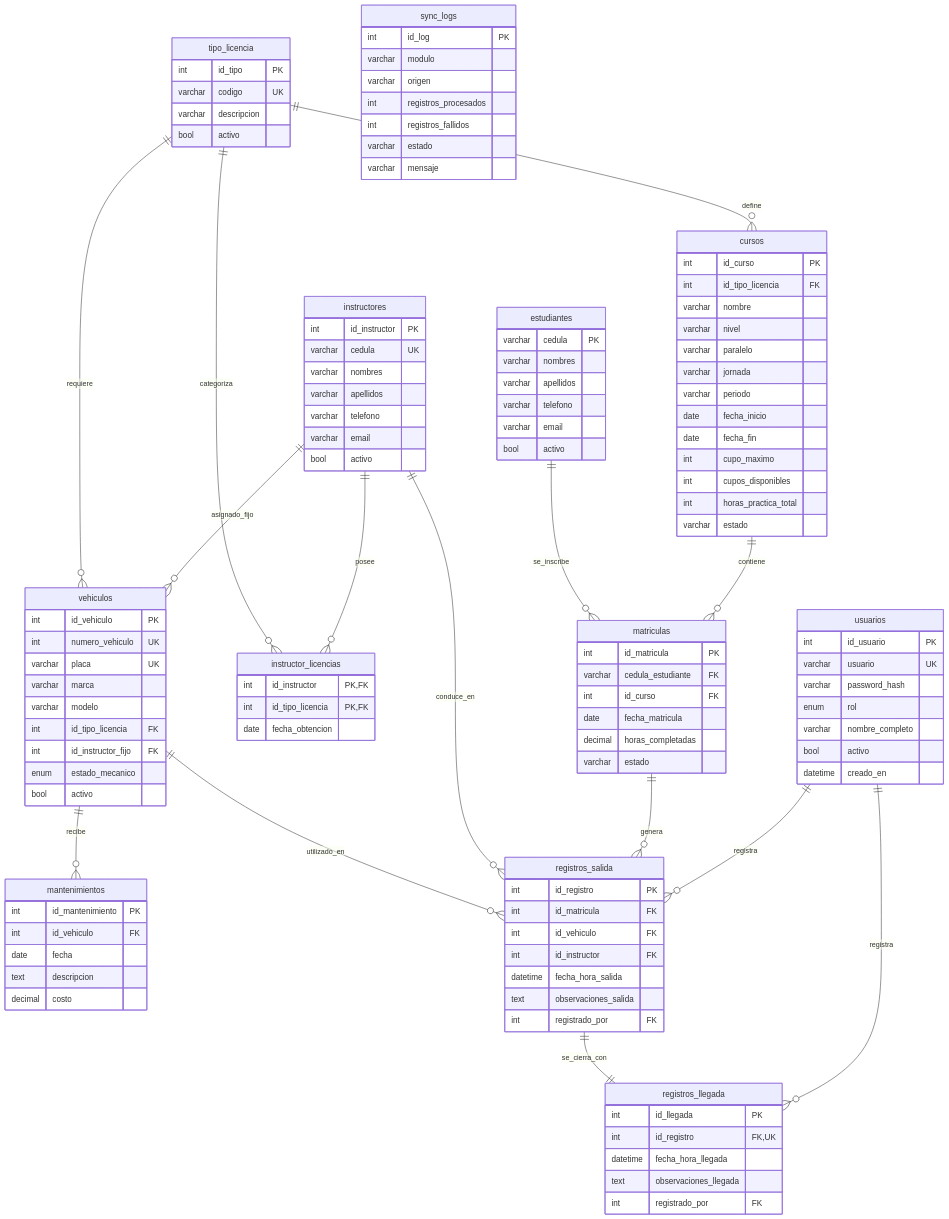
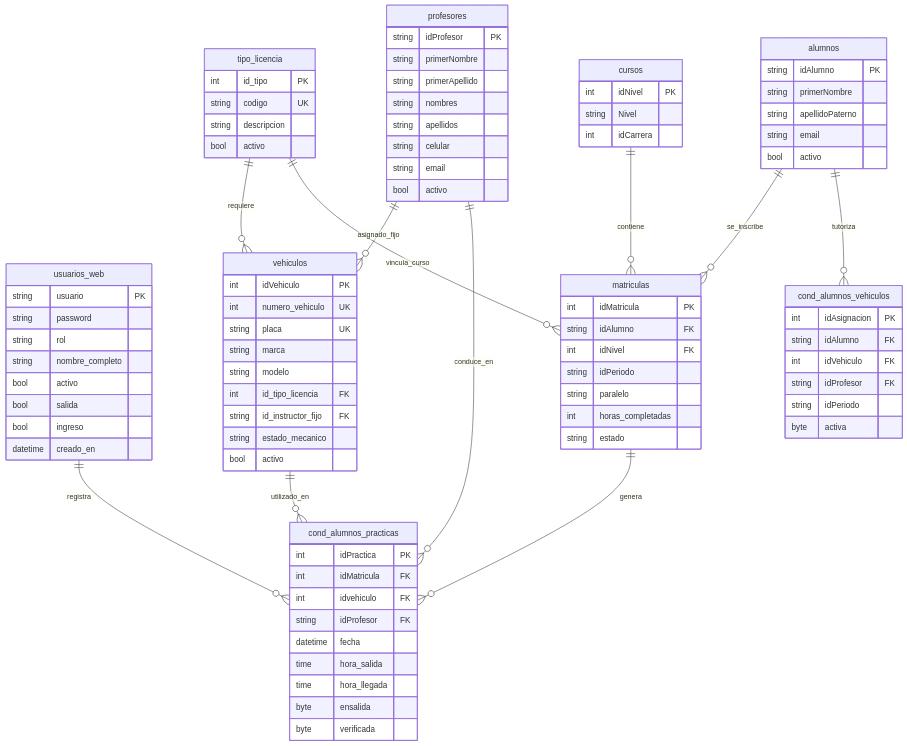
Before and after one commit to JorgeDoicela/istpet_vehiculos: the diagram in docs/DATABASE.md, drawn with Mermaid. The commit also changed other lines of this file and 7 other files, not shown here.

````diff
--- a/docs/DATABASE.md
+++ b/docs/DATABASE.md
@@ -9,132 +9,99 @@
 ```mermaid
 erDiagram
-    usuarios {
-        int id_usuario PK
-        varchar usuario UK
-        varchar password_hash
-        enum rol
-        varchar nombre_completo
+    usuarios_web {
+        string usuario PK
+        string password
+        string rol
+        string nombre_completo
         bool activo
+        bool salida
+        bool ingreso
         datetime creado_en
     }
 
     tipo_licencia {
         int id_tipo PK
-        varchar codigo UK
-        varchar descripcion
+        string codigo UK
+        string descripcion
         bool activo
     }
 
-    instructores {
-        int id_instructor PK
-        varchar cedula UK
-        varchar nombres
-        varchar apellidos
-        varchar telefono
-        varchar email
+    profesores {
+        string idProfesor PK
+        string primerNombre
+        string primerApellido
+        string nombres
+        string apellidos
+        string celular
+        string email
         bool activo
     }
 
-    instructor_licencias {
-        int id_instructor PK,FK
-        int id_tipo_licencia PK,FK
-        date fecha_obtencion
-    }
-
     vehiculos {
-        int id_vehiculo PK
+        int idVehiculo PK
         int numero_vehiculo UK
-        varchar placa UK
-        varchar marca
-        varchar modelo
+        string placa UK
+        string marca
+        string modelo
         int id_tipo_licencia FK
-        int id_instructor_fijo FK
-        enum estado_mecanico
+        string id_instructor_fijo FK
+        string estado_mecanico
         bool activo
     }
 
-    mantenimientos {
-        int id_mantenimiento PK
-        int id_vehiculo FK
-        date fecha
-        text descripcion
-        decimal costo
+    cursos {
+        int idNivel PK
+        string Nivel
+        int idCarrera
     }
 
-    cursos {
-        int id_curso PK
-        int id_tipo_licencia FK
-        varchar nombre
-        varchar nivel
-        varchar paralelo
-        varchar jornada
-        varchar periodo
-        date fecha_inicio
-        date fecha_fin
-        int cupo_maximo
-        int cupos_disponibles
-        int horas_practica_total
-        varchar estado
-    }
-
-    estudiantes {
-        varchar cedula PK
-        varchar nombres
-        varchar apellidos
-        varchar telefono
-        varchar email
+    alumnos {
+        string idAlumno PK
+        string primerNombre
+        string apellidoPaterno
+        string email
         bool activo
     }
 
     matriculas {
-        int id_matricula PK
-        varchar cedula_estudiante FK
-        int id_curso FK
-        date fecha_matricula
-        decimal horas_completadas
-        varchar estado
+        int idMatricula PK
+        string idAlumno FK
+        int idNivel FK
+        string idPeriodo
+        string paralelo
+        int horas_completadas
+        string estado
     }
 
-    registros_salida {
-        int id_registro PK
-        int id_matricula FK
-        int id_vehiculo FK
-        int id_instructor FK
-        datetime fecha_hora_salida
-        text observaciones_salida
-        int registrado_por FK
+    cond_alumnos_practicas {
+        int idPractica PK
+        int idMatricula FK
+        int idvehiculo FK
+        string idProfesor FK
+        datetime fecha
+        time hora_salida
+        time hora_llegada
+        byte ensalida
+        byte verificada
     }
 
-    registros_llegada {
-        int id_llegada PK
-        int id_registro FK,UK
-        datetime fecha_hora_llegada
-        text observaciones_llegada
-        int registrado_por FK
+    cond_alumnos_vehiculos {
+        int idAsignacion PK
+        string idAlumno FK
+        int idVehiculo FK
+        string idProfesor FK
+        string idPeriodo
+        byte activa
     }
 
-    sync_logs {
-        int id_log PK
-        varchar modulo
-        varchar origen
-        int registros_procesados
-        int registros_fallidos
-        varchar estado
-        varchar mensaje
-    }
-
-    tipo_licencia ||--o{ instructor_licencias : "categoriza"
-    instructores ||--o{ instructor_licencias : "posee"
     tipo_licencia ||--o{ vehiculos : "requiere"
-    tipo_licencia ||--o{ cursos : "define"
-    instructores ||--o{ vehiculos : "asignado_fijo"
-    vehiculos ||--o{ mantenimientos : "recibe"
-    vehiculos ||--o{ registros_salida : "utilizado_en"
-    instructores ||--o{ registros_salida : "conduce_en"
-    estudiantes ||--o{ matriculas : "se_inscribe"
+    tipo_licencia ||--o{ matriculas : "vincula_curso"
+    profesores ||--o{ vehiculos : "asignado_fijo"
+    vehiculos ||--o{ cond_alumnos_practicas : "utilizado_en"
+    profesores ||--o{ cond_alumnos_practicas : "conduce_en"
+    alumnos ||--o{ matriculas : "se_inscribe"
     cursos ||--o{ matriculas : "contiene"
-    matriculas ||--o{ registros_salida : "genera"
-    registros_salida ||--|| registros_llegada : "se_cierra_con"
-    usuarios ||--o{ registros_salida : "registra"
-    usuarios ||--o{ registros_llegada : "registra"
+    matriculas ||--o{ cond_alumnos_practicas : "genera"
+    alumnos ||--o{ cond_alumnos_vehiculos : "tutoriza"
+    usuarios_web ||--o{ cond_alumnos_practicas : "registra"
 ```
````
